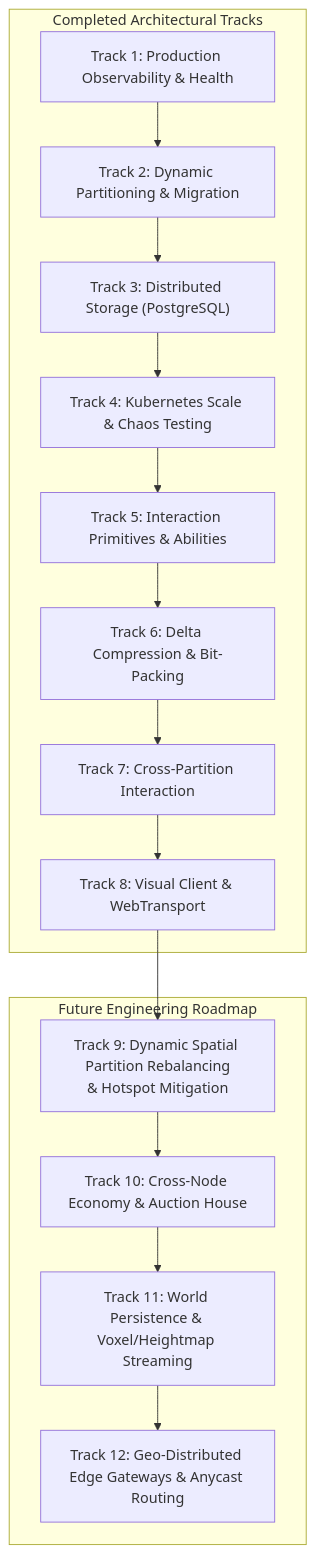
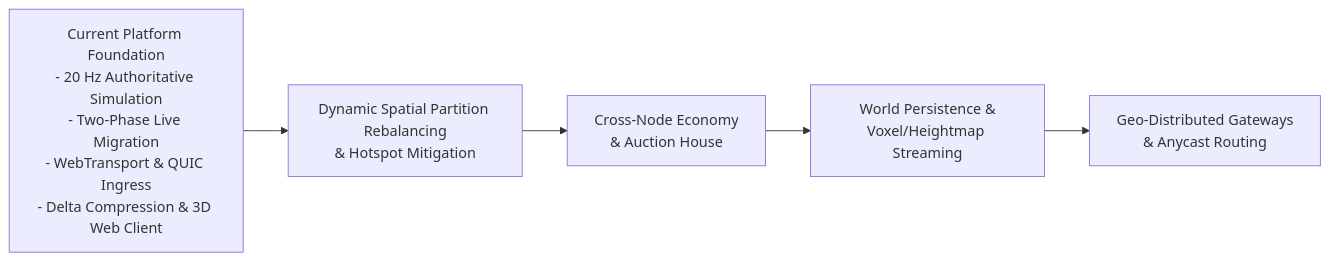
Before and after one commit to Jakousa/rust-server: the diagram in ROADMAP.md, drawn with Mermaid. The commit also changed other lines of this file and 2 other files, not shown here.

First line of the commit message:
docs: remove numbered track jargon and organize platform capabilities by domain (#9)

````diff
--- a/ROADMAP.md
+++ b/ROADMAP.md
@@ -22,24 +22,11 @@
 ```mermaid
-flowchart TD
-    subgraph Completed["Completed Architectural Tracks"]
-        T1["Track 1: Production Observability & Health"]
-        T2["Track 2: Dynamic Partitioning & Migration"]
-        T3["Track 3: Distributed Storage (PostgreSQL)"]
-        T4["Track 4: Kubernetes Scale & Chaos Testing"]
-        T5["Track 5: Interaction Primitives & Abilities"]
-        T6["Track 6: Delta Compression & Bit-Packing"]
-        T7["Track 7: Cross-Partition Interaction"]
-        T8["Track 8: Visual Client & WebTransport"]
-        
-        T1 --> T2 --> T3 --> T4 --> T5 --> T6 --> T7 --> T8
-    end
+flowchart LR
+    Current["Current Platform Foundation\n- 20 Hz Authoritative Simulation\n- Two-Phase Live Migration\n- WebTransport & QUIC Ingress\n- Delta Compression & 3D Web Client"]
+    
+    M1["Dynamic Spatial Partition Rebalancing\n& Hotspot Mitigation"]
+    M2["Cross-Node Economy\n& Auction House"]
+    M3["World Persistence &\nVoxel/Heightmap Streaming"]
+    M4["Geo-Distributed Gateways\n& Anycast Routing"]
 
-    subgraph Upcoming["Future Engineering Roadmap"]
-        T9["Track 9: Dynamic Spatial Partition Rebalancing\n& Hotspot Mitigation"]
-        T10["Track 10: Cross-Node Economy & Auction House"]
-        T11["Track 11: World Persistence & Voxel/Heightmap Streaming"]
-        T12["Track 12: Geo-Distributed Edge Gateways & Anycast Routing"]
-        
-        T8 --> T9 --> T10 --> T11 --> T12
-    end
+    Current --> M1 --> M2 --> M3 --> M4
 ```
````
